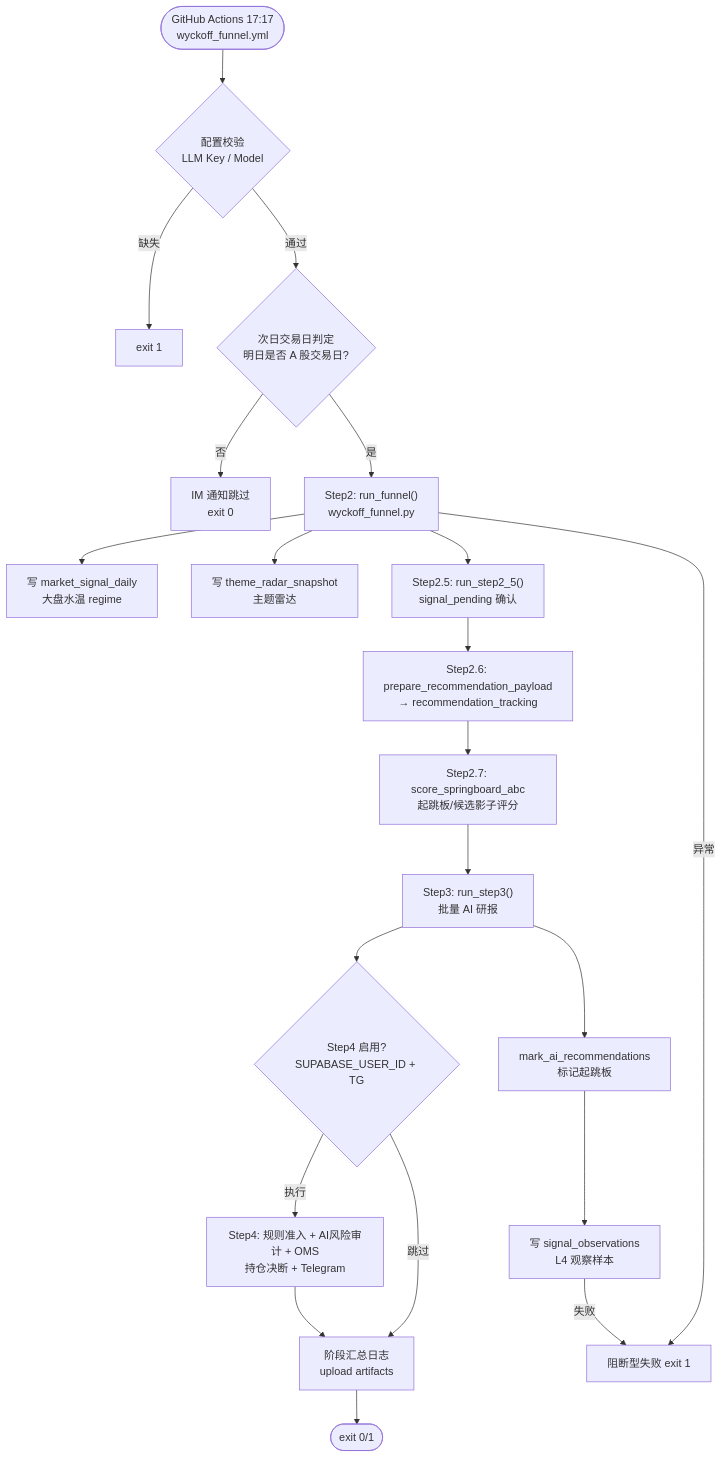
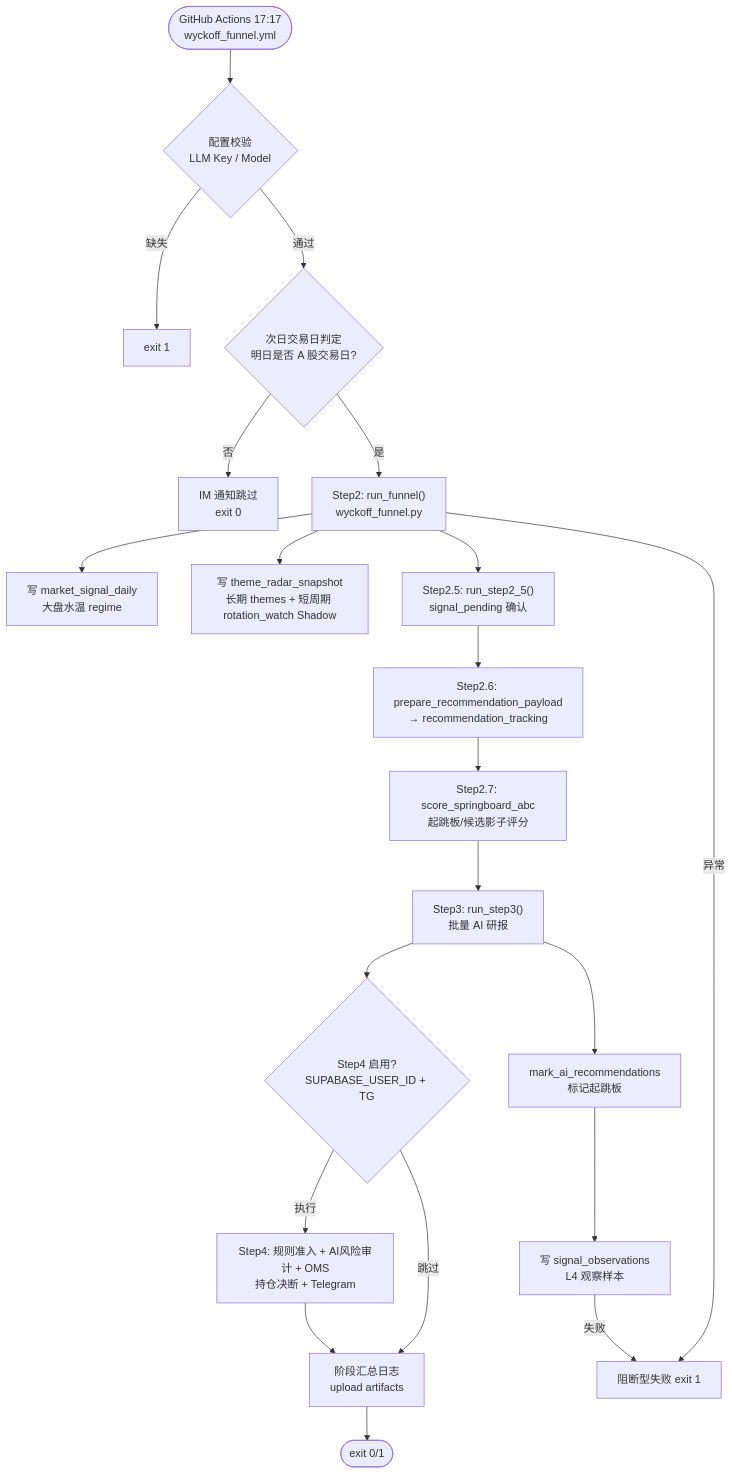
The second of 7 diagrams in docs/A_SHARE_FUNNEL_FLOW.md (niyoh120/Wyckoff-Analysis), drawn with Mermaid before and after one commit. The commit also changed other lines of this file and 14 other files, not shown here.

Commit message:
fix: surface fast theme rotation evidence

````diff
--- a/docs/A_SHARE_FUNNEL_FLOW.md
+++ b/docs/A_SHARE_FUNNEL_FLOW.md
@@ -72,29 +72,29 @@
 ```mermaid
 flowchart TD
     START(["GitHub Actions 17:17<br/>wyckoff_funnel.yml"]) --> CHECK1{"配置校验<br/>LLM Key / Model"}
     CHECK1 -->|缺失| FAIL1["exit 1"]
     CHECK1 -->|通过| CHECK2{"次日交易日判定<br/>明日是否 A 股交易日?"}
     CHECK2 -->|否| SKIP["IM 通知跳过<br/>exit 0"]
     CHECK2 -->|是| STEP2
 
     STEP2["Step2: run_funnel()<br/>wyckoff_funnel.py"] --> P1["写 market_signal_daily<br/>大盘水温 regime"]
-    STEP2 --> P2["写 theme_radar_snapshot<br/>主题雷达"]
+    STEP2 --> P2["写 theme_radar_snapshot<br/>长期 themes + 短周期 rotation_watch Shadow"]
     STEP2 --> S25
 
     S25["Step2.5: run_step2_5()<br/>signal_pending 确认"] --> S26
     S26["Step2.6: prepare_recommendation_payload<br/>→ recommendation_tracking"] --> S27
     S27["Step2.7: score_springboard_abc<br/>起跳板/候选影子评分"] --> S3
 
     S3["Step3: run_step3()<br/>批量 AI 研报"] --> MARK["mark_ai_recommendations<br/>标记起跳板"]
     MARK --> OBS["写 signal_observations<br/>L4 观察样本"]
 
     S3 --> S4CHK{"Step4 启用?<br/>SUPABASE_USER_ID + TG"}
     S4CHK -->|跳过| SUM
     S4CHK -->|执行| S4
 
     S4["Step4: 规则准入 + AI风险审计 + OMS<br/>持仓决断 + Telegram"] --> SUM
     SUM["阶段汇总日志<br/>upload artifacts"] --> END(["exit 0/1"])
 
     STEP2 -->|异常| BLOCK["阻断型失败 exit 1"]
     OBS -->|失败| BLOCK
 ```
````
